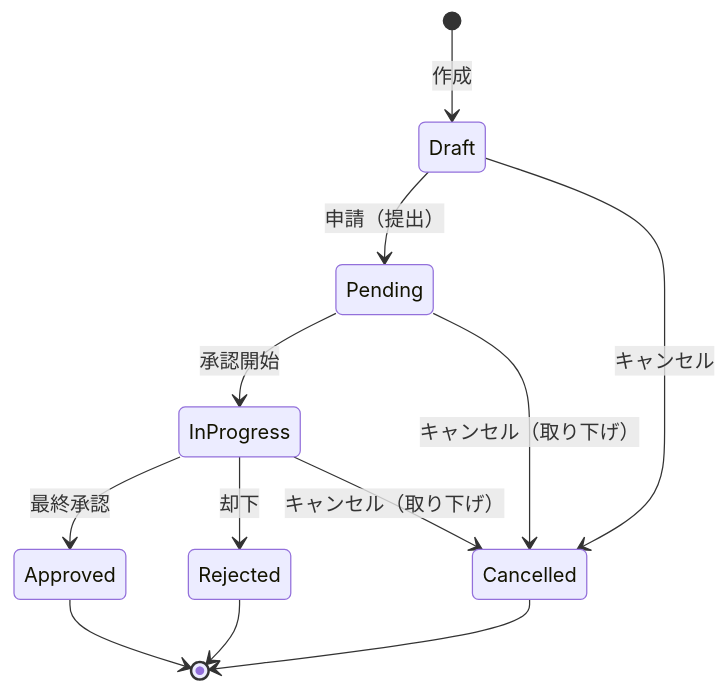
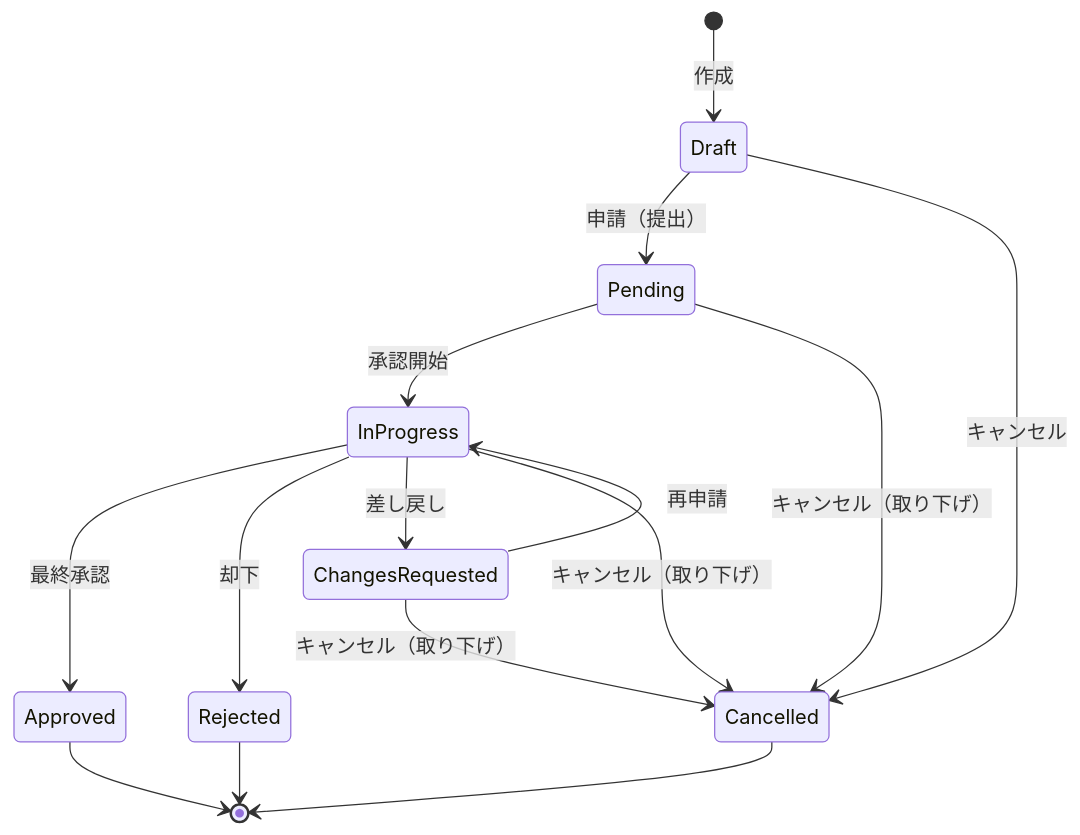
The fourth of 7 diagrams in docs/01_要件定義書/機能仕様書/01_ワークフロー管理.md (ka2kama/ringiflow), drawn with Mermaid before and after one commit. The commit also changed other lines of this file and 33 other files, not shown here.

````diff
--- a/docs/01_要件定義書/機能仕様書/01_ワークフロー管理.md
+++ b/docs/01_要件定義書/機能仕様書/01_ワークフロー管理.md
@@ -241,14 +363,17 @@
 ```mermaid
 stateDiagram-v2
     [*] --> Draft: 作成
     Draft --> Pending: 申請（提出）
     Pending --> InProgress: 承認開始
     InProgress --> Approved: 最終承認
     InProgress --> Rejected: 却下
+    InProgress --> ChangesRequested: 差し戻し
+    ChangesRequested --> InProgress: 再申請
     Draft --> Cancelled: キャンセル
     Pending --> Cancelled: キャンセル（取り下げ）
     InProgress --> Cancelled: キャンセル（取り下げ）
+    ChangesRequested --> Cancelled: キャンセル（取り下げ）
     Approved --> [*]
     Rejected --> [*]
     Cancelled --> [*]
 ```
````
